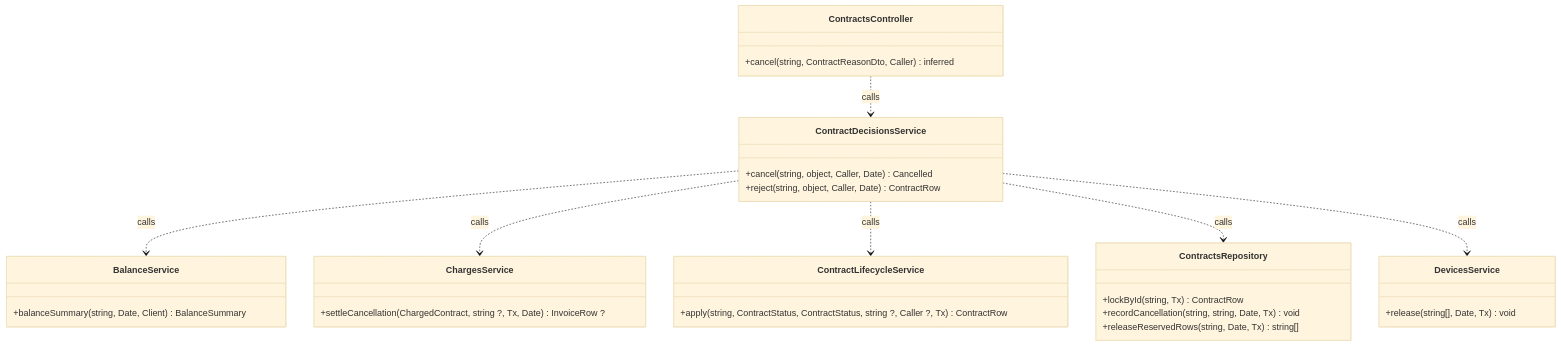
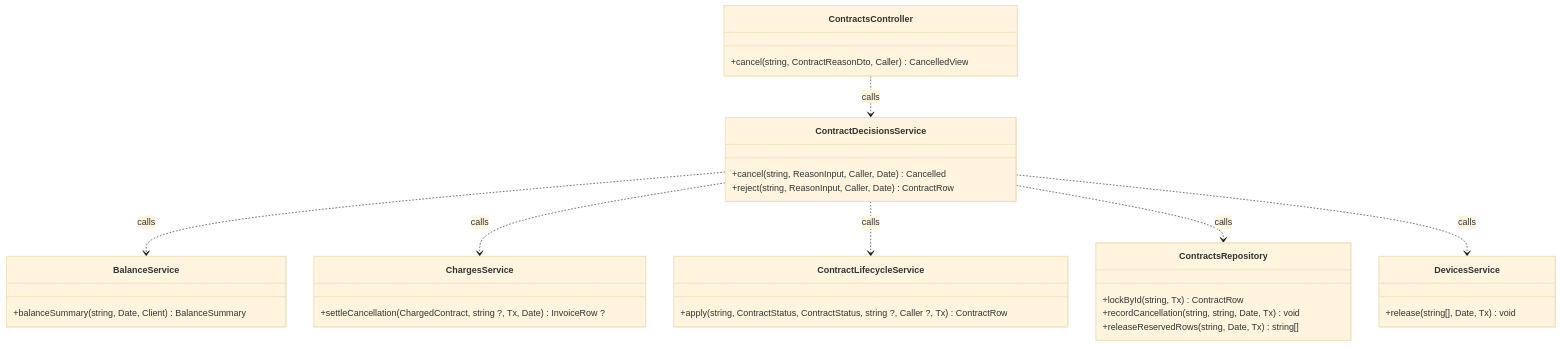
The ninth of 29 diagrams in specs/rentals/design.md (TrekLink-Team/treklink-web), drawn with Mermaid (base theme) before and after one commit. The commit also changed other lines of this file and 2 other files, not shown here.

````diff
--- a/specs/rentals/design.md
+++ b/specs/rentals/design.md
@@ -358,34 +358,34 @@
 ```mermaid
 classDiagram
     direction TB
     class ContractsController {
-        +cancel(string, ContractReasonDto, Caller) inferred
+        +cancel(string, ContractReasonDto, Caller) CancelledView
     }
     class ContractDecisionsService {
-        +cancel(string, object, Caller, Date) Cancelled
-        +reject(string, object, Caller, Date) ContractRow
+        +cancel(string, ReasonInput, Caller, Date) Cancelled
+        +reject(string, ReasonInput, Caller, Date) ContractRow
     }
     class ContractLifecycleService {
         +apply(string, ContractStatus, ContractStatus, string ?, Caller ?, Tx) ContractRow
     }
     class DevicesService {
         +release(string[], Date, Tx) void
     }
     class ChargesService {
         +settleCancellation(ChargedContract, string ?, Tx, Date) InvoiceRow ?
     }
     class BalanceService {
         +balanceSummary(string, Date, Client) BalanceSummary
     }
     class ContractsRepository {
         +lockById(string, Tx) ContractRow
         +recordCancellation(string, string, Date, Tx) void
         +releaseReservedRows(string, Date, Tx) string[]
     }
     ContractDecisionsService ..> BalanceService : calls
     ContractDecisionsService ..> ChargesService : calls
     ContractDecisionsService ..> ContractLifecycleService : calls
     ContractDecisionsService ..> ContractsRepository : calls
     ContractDecisionsService ..> DevicesService : calls
     ContractsController ..> ContractDecisionsService : calls
 ```
````
